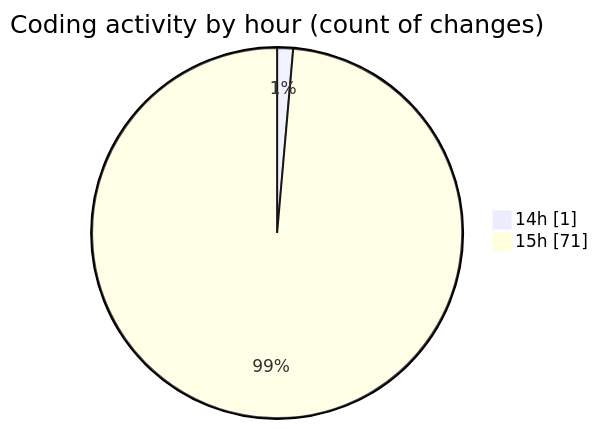
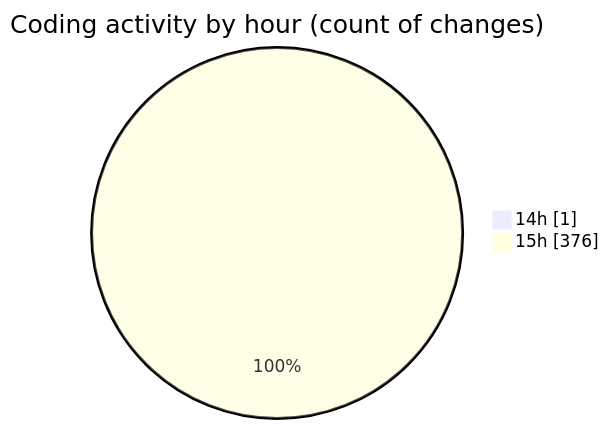
One commit to nxtqubesakshisongat/code-tracking changed the second of 2 diagrams in 2025-04-10/nxtqube_webapp/README.md. Above: the diagram before and after it, drawn with Mermaid. The commit also changed other lines of this file and 1 other file, not shown here.

````diff
--- a/2025-04-10/nxtqube_webapp/README.md
+++ b/2025-04-10/nxtqube_webapp/README.md
@@ -32,6 +32,6 @@
 ```mermaid
 pie showData
 title Coding activity by hour (count of changes)
 "14h" : 1
-"15h" : 71
+"15h" : 376
 ```
````
